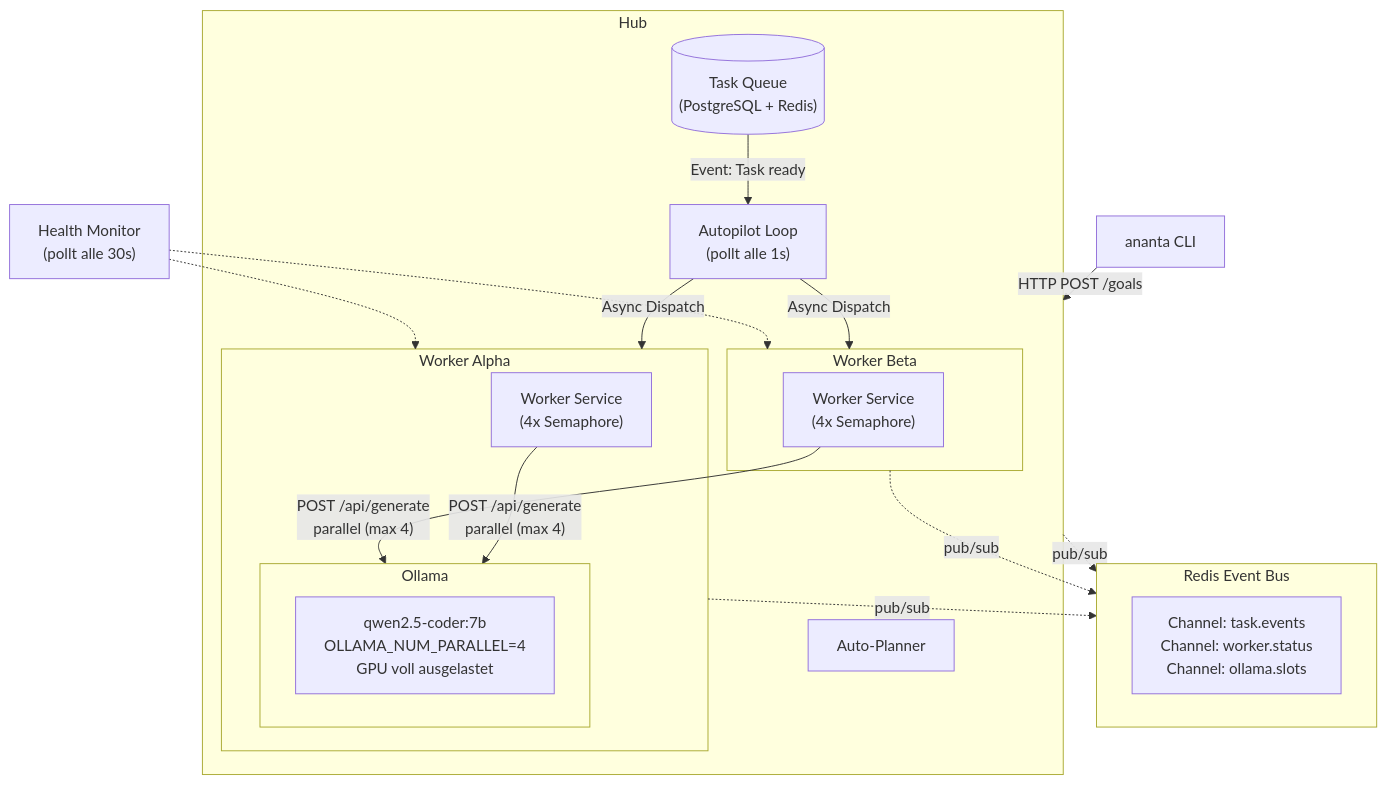
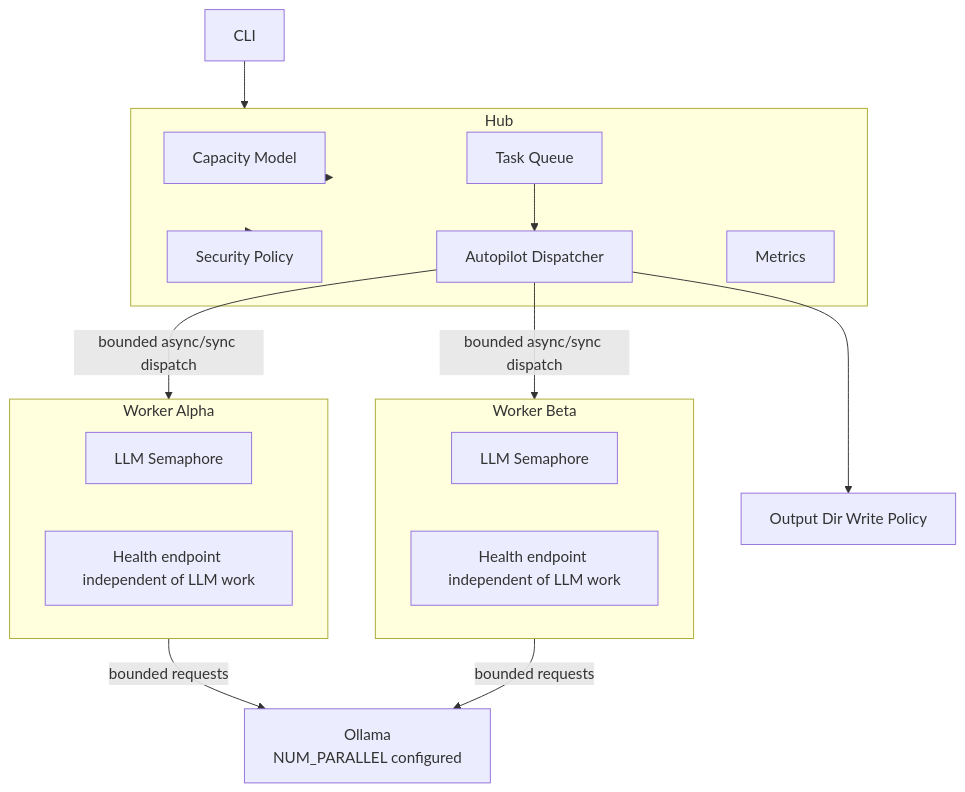
Before and after one commit to ananta888/ananta: the diagram in BOTTLENECKS_ANALYSIS.md, drawn with Mermaid. The commit also changed other lines of this file, not shown here.

Commit message:
docs: refine bottleneck analysis with controlled parallelism model

````diff
--- a/BOTTLENECKS_ANALYSIS.md
+++ b/BOTTLENECKS_ANALYSIS.md
@@ -296,38 +358,33 @@
 ```mermaid
 graph TB
-    CLI["ananta CLI"] -->|HTTP POST /goals| HUB
+    CLI["CLI"] --> HUB["Hub"]
 
     subgraph HUB["Hub"]
-        AP["Auto-Planner"]
-        AL["Autopilot Loop<br/>(pollt alle 1s)"]
-        DISPATCH[("Task Queue<br/>(PostgreSQL + Redis)")]
-        DISPATCH -->|"Event: Task ready"| AL
-        AL -->|"Async Dispatch"| W1
-        AL -->|"Async Dispatch"| W2
+      CAP["Capacity Model"]
+      POL["Security Policy"]
+      QUEUE["Task Queue"]
+      DISP["Autopilot Dispatcher"]
+      MET["Metrics"]
     end
 
-    subgraph REDIS["Redis Event Bus"]
-        CH["Channel: task.events<br/>Channel: worker.status<br/>Channel: ollama.slots"]
-    end
-
-    HUB -.->|pub/sub| REDIS
-    W1 -.->|pub/sub| REDIS
-    W2 -.->|pub/sub| REDIS
+    HUB --> CAP
+    HUB --> POL
+    QUEUE --> DISP
+    DISP -->|"bounded async/sync dispatch"| W1["Worker Alpha"]
+    DISP -->|"bounded async/sync dispatch"| W2["Worker Beta"]
 
     subgraph W1["Worker Alpha"]
-        WS["Worker Service<br/>(4x Semaphore)"]
-        WS -->|"POST /api/generate<br/>parallel (max 4)"| OLL
+      SEM1["LLM Semaphore"]
+      HEALTH1["Health endpoint independent of LLM work"]
     end
 
     subgraph W2["Worker Beta"]
-        WS2["Worker Service<br/>(4x Semaphore)"]
-        WS2 -->|"POST /api/generate<br/>parallel (max 4)"| OLL
+      SEM2["LLM Semaphore"]
+      HEALTH2["Health endpoint independent of LLM work"]
     end
 
-    subgraph OLL["Ollama"]
-        M["qwen2.5-coder:7b<br/>OLLAMA_NUM_PARALLEL=4<br/>GPU voll ausgelastet"]
-    end
+    W1 -->|"bounded requests"| OLLAMA["Ollama<br/>NUM_PARALLEL configured"]
+    W2 -->|"bounded requests"| OLLAMA
 
-    HM["Health Monitor<br/>(pollt alle 30s)"] -.-> W1
-    HM -.-> W2
+    DISP --> OUTPOL["Output Dir Write Policy"]
 ```
````
